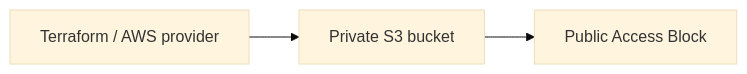
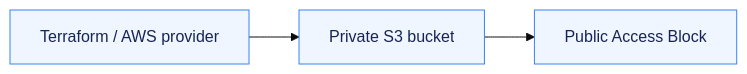
One commit to NoteLegend/DevOps-Assignments changed the second of 2 diagrams in Assignment-17-Session-18/README.md. Above: the diagram before and after it, drawn with Mermaid (base theme). The commit also changed other lines of this file and 32 other files, not shown here.

````diff
--- a/Assignment-17-Session-18/README.md
+++ b/Assignment-17-Session-18/README.md
@@ -29,5 +53,6 @@
 ```mermaid
 flowchart LR
   T[Terraform / AWS provider] --> S[Private S3 bucket]
   S --> B[Public Access Block]
+  classDef default fill:#eff6ff,stroke:#3b82f6,color:#172554;
 ```
````
